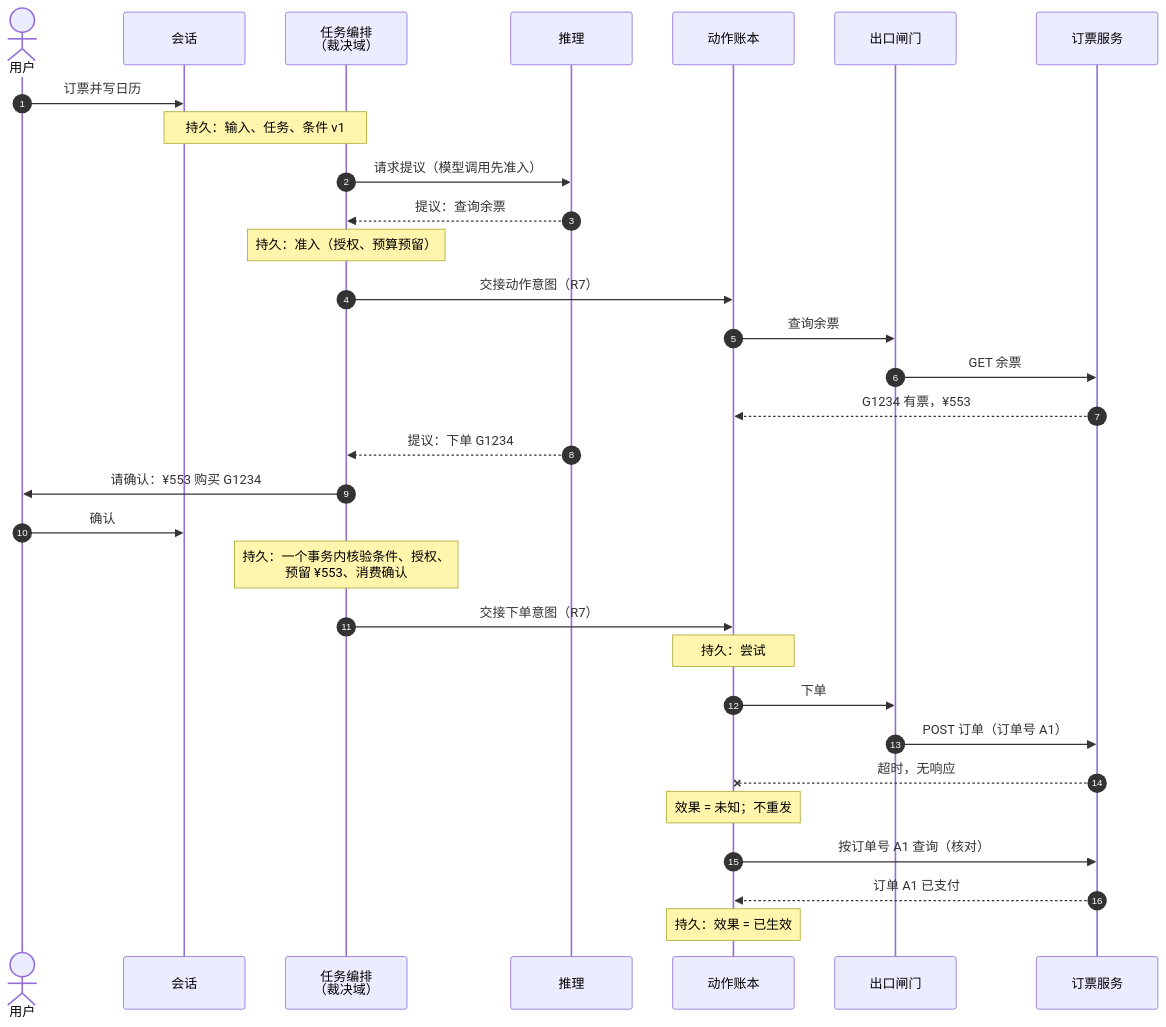
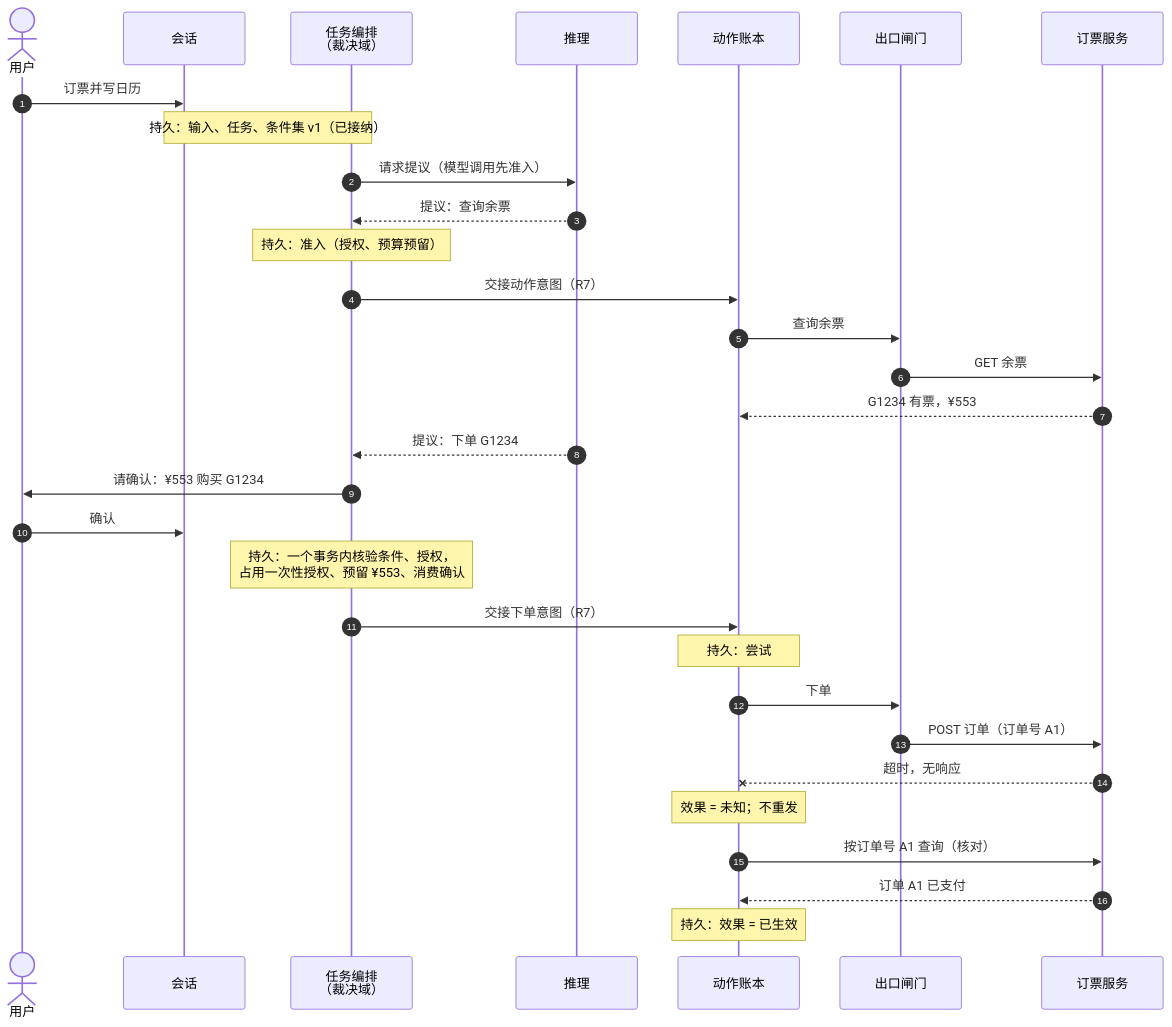
One commit to ruipengliu/lerna changed the third of 5 diagrams in docs/architecture/overview.md. Above: the diagram before and after it, drawn with Mermaid. The commit also changed other lines of this file and 21 other files, not shown here.

First line of the commit message:
docs: apply architecture review decisions to design docs

````diff
--- a/docs/architecture/overview.md
+++ b/docs/architecture/overview.md
@@ -98,33 +131,33 @@
 ```mermaid
 sequenceDiagram
     autonumber
     actor U as 用户
     participant S as 会话
     participant T as 任务编排<br/>（裁决域）
     participant R as 推理
     participant L as 动作账本
     participant E as 出口闸门
     participant X as 订票服务
     U->>S: 订票并写日历
-    Note over S,T: 持久：输入、任务、条件 v1
+    Note over S,T: 持久：输入、任务、条件集 v1（已接纳）
     T->>R: 请求提议（模型调用先准入）
     R-->>T: 提议：查询余票
     Note over T: 持久：准入（授权、预算预留）
     T->>L: 交接动作意图（R7）
     L->>E: 查询余票
     E->>X: GET 余票
     X-->>L: G1234 有票，¥553
     R-->>T: 提议：下单 G1234
     T->>U: 请确认：¥553 购买 G1234
     U->>S: 确认
-    Note over T: 持久：一个事务内核验条件、授权、<br/>预留 ¥553、消费确认
+    Note over T: 持久：一个事务内核验条件、授权，<br/>占用一次性授权、预留 ¥553、消费确认
     T->>L: 交接下单意图（R7）
     Note over L: 持久：尝试 #1，"可能已发出"
     L->>E: 下单
     E->>X: POST 订单（订单号 A1）
     X--xL: 超时，无响应
     Note over L: 效果 = 未知；不重发
     L->>X: 按订单号 A1 查询（核对）
     X-->>L: 订单 A1 已支付
     Note over L: 持久：效果 = 已生效
 ```
````
